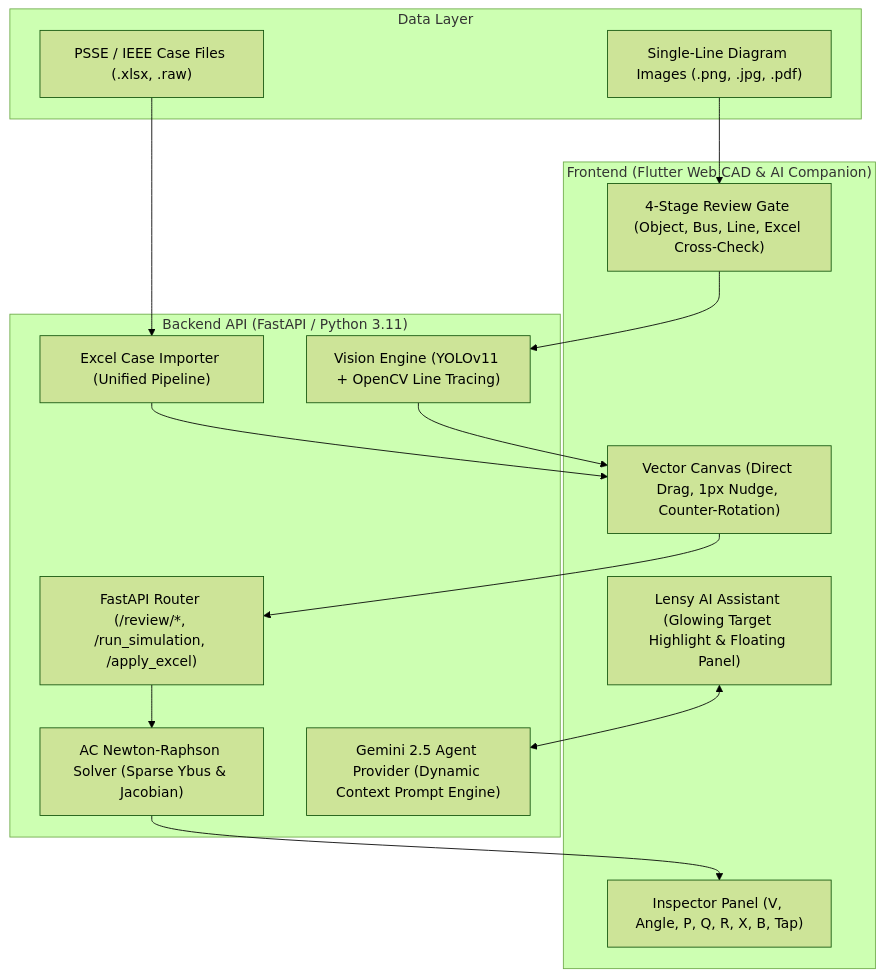
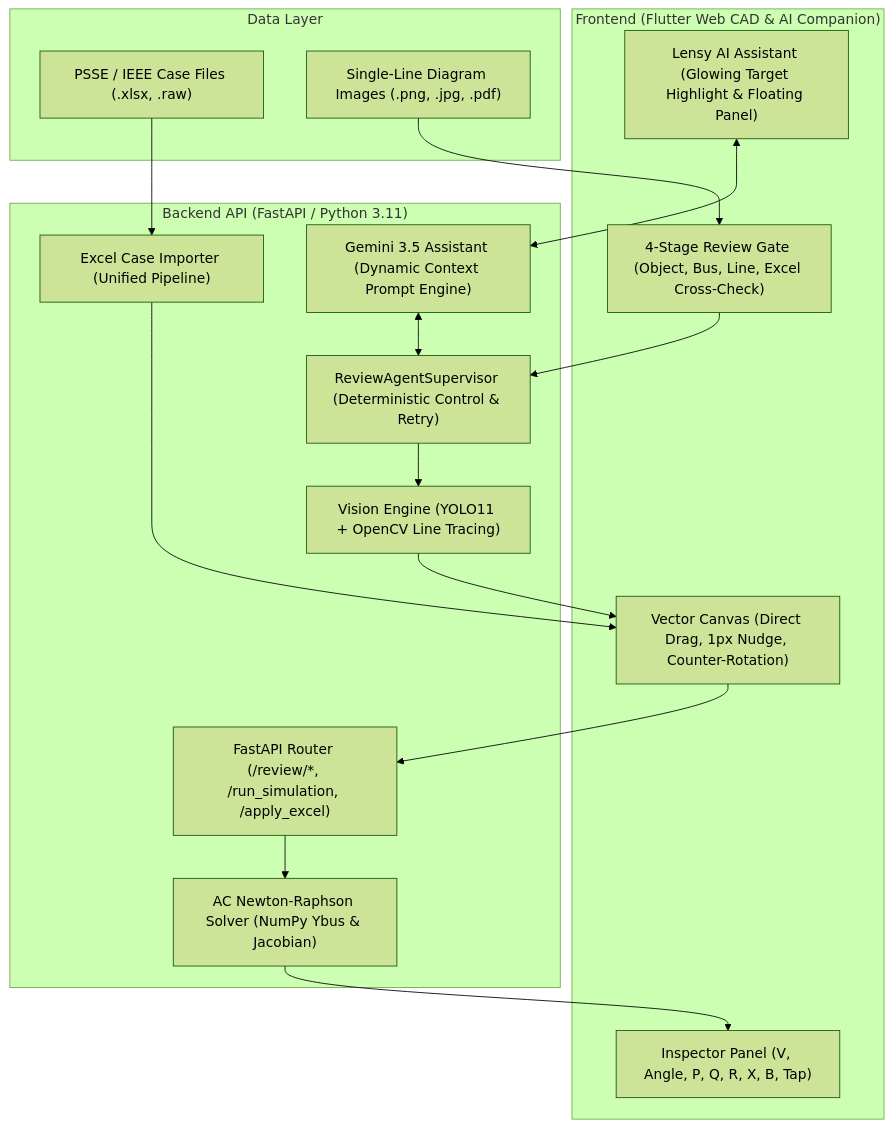
One commit to dptjddl285-ship-it/Powerflow-calculator changed the diagram in README.md. Above: the diagram before and after it, drawn with Mermaid (forest theme). The commit also changed other lines of this file and 5 other files, not shown here.

````diff
--- a/README.md
+++ b/README.md
@@ -94,32 +97,35 @@
 ```mermaid
 flowchart TB
     subgraph Client ["Frontend (Flutter Web CAD & AI Companion)"]
         UI["Vector Canvas (Direct Drag, 1px Nudge, Counter-Rotation)"]
         Review["4-Stage Review Gate (Object, Bus, Line, Excel Cross-Check)"]
         Inspector["Inspector Panel (V, Angle, P, Q, R, X, B, Tap)"]
         Lensy["Lensy AI Assistant (Glowing Target Highlight & Floating Panel)"]
     end
 
     subgraph Server ["Backend API (FastAPI / Python 3.11)"]
         Router["FastAPI Router (/review/*, /run_simulation, /apply_excel)"]
-        Agent["Gemini 2.5 Agent Provider (Dynamic Context Prompt Engine)"]
-        CV["Vision Engine (YOLOv11 + OpenCV Line Tracing)"]
+        Supervisor["ReviewAgentSupervisor (Deterministic Control & Retry)"]
+        Agent["Gemini 3.5 Assistant (Dynamic Context Prompt Engine)"]
+        CV["Vision Engine (YOLO11 + OpenCV Line Tracing)"]
         Importer["Excel Case Importer (Unified Pipeline)"]
-        Solver["AC Newton-Raphson Solver (Sparse Ybus & Jacobian)"]
+        Solver["AC Newton-Raphson Solver (NumPy Ybus & Jacobian)"]
     end
 
     subgraph Data ["Data Layer"]
         Excel["PSSE / IEEE Case Files (.xlsx, .raw)"]
         Diagram["Single-Line Diagram Images (.png, .jpg, .pdf)"]
     end
 
     Diagram --> Review
-    Review --> CV
+    Review --> Supervisor
+    Supervisor --> CV
     Lensy <--> Agent
+    Agent <--> Supervisor
     Excel --> Importer
     CV --> UI
     Importer --> UI
     UI --> Router
     Router --> Solver
     Solver --> Inspector
 ```
````
